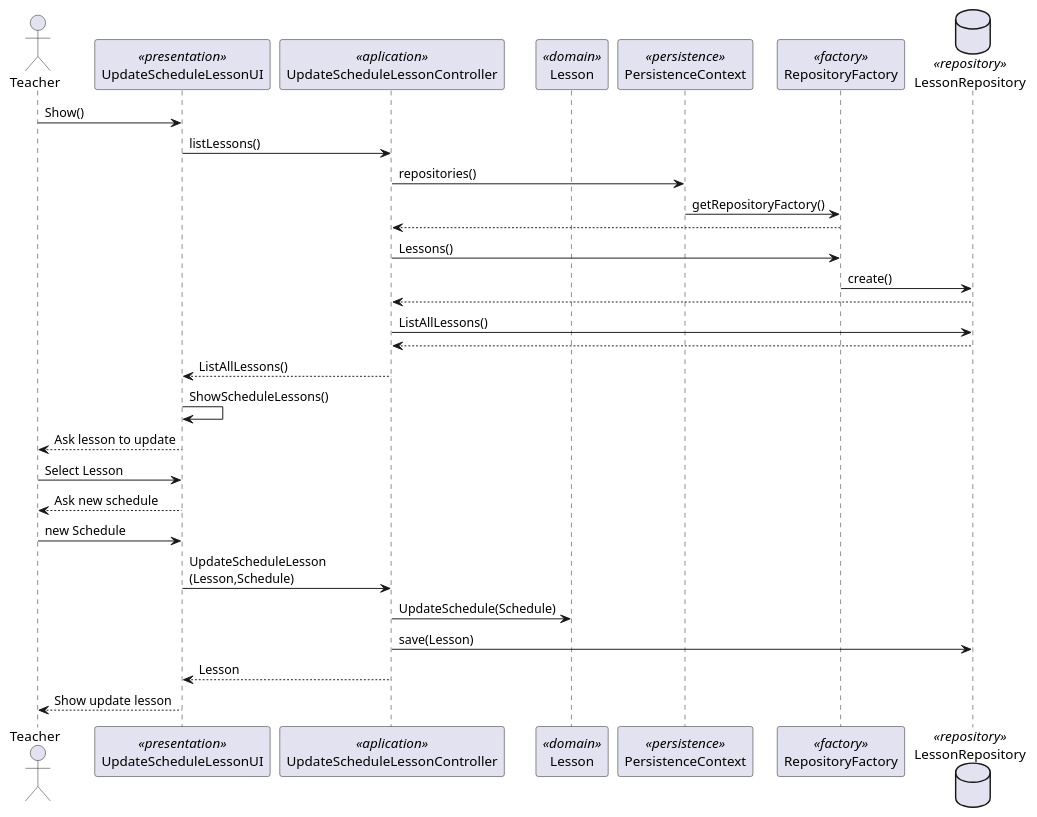
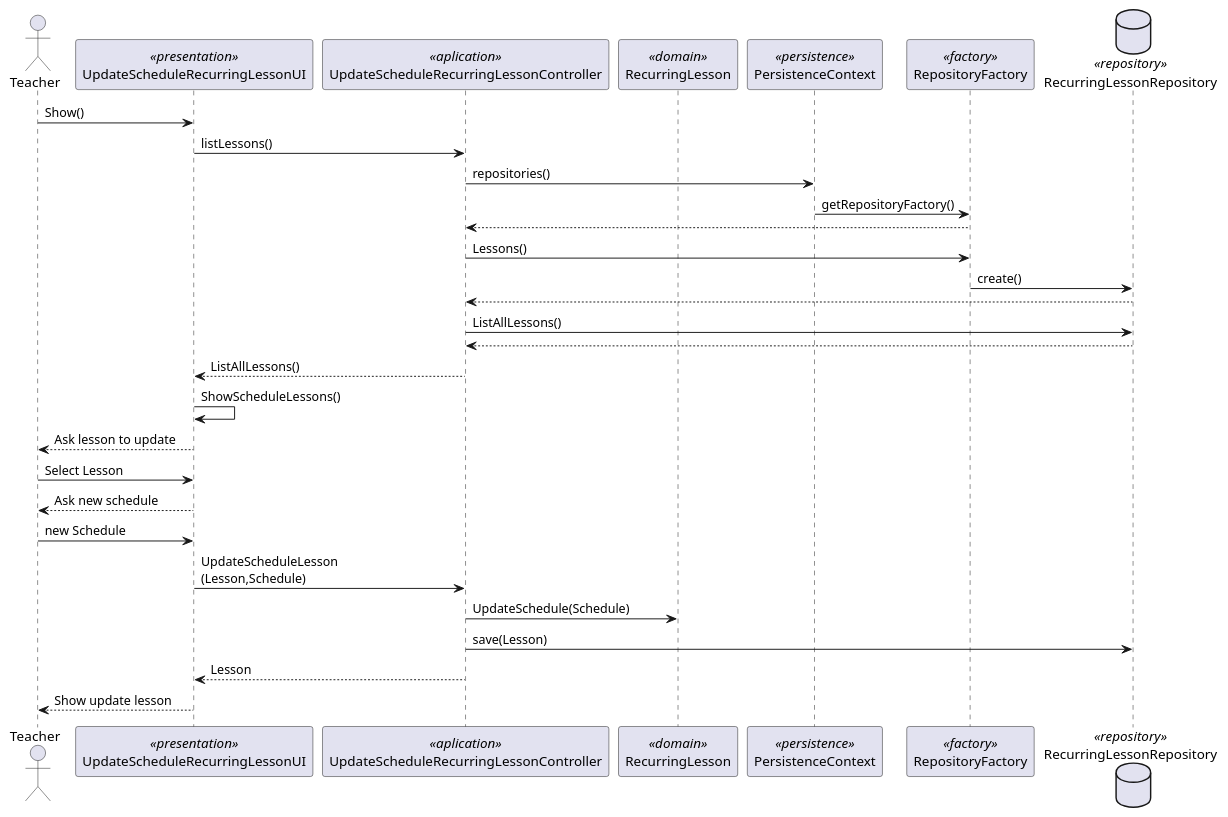
Before and after one commit to mascenso/isep-sem4-lapr4: the diagram in docs/SPRINT B/US1012 - Update Schedule a Lesson/sequence-diagram-1012.puml, drawn with PlantUML. The commit also changed 5 other files, not shown here.

```diff
--- a/docs/SPRINT B/US1012 - Update Schedule a Lesson/sequence-diagram-1012.puml
+++ b/docs/SPRINT B/US1012 - Update Schedule a Lesson/sequence-diagram-1012.puml
@@ -1,34 +1,34 @@
 @startuml
 actor Teacher as Actor
-participant UpdateScheduleLessonUI as UI <<presentation>>
-participant UpdateScheduleLessonController as Controller <<aplication>>
-participant Lesson as Domain <<domain>>
+participant UpdateScheduleRecurringLessonUI as UI <<presentation>>
+participant UpdateScheduleRecurringLessonController as Controller <<aplication>>
+participant RecurringLesson as Domain <<domain>>
 participant PersistenceContext as Persistence <<persistence>>
 participant RepositoryFactory as Factory <<factory>>
-database LessonRepository as Repository <<repository>>
+database RecurringLessonRepository as Repository <<repository>>
 
 Actor -> UI: Show()
 UI -> Controller:listLessons()
 Controller -> Persistence: repositories()
 Persistence -> Factory: getRepositoryFactory()
 Factory --> Controller
 Controller -> Factory: Lessons()
 Factory -> Repository: create()
 Repository --> Controller
 Controller -> Repository: ListAllLessons()
 Repository --> Controller
 Controller --> UI: ListAllLessons()
 UI -> UI: ShowScheduleLessons()
 UI --> Actor: Ask lesson to update
 Actor -> UI: Select Lesson
 UI --> Actor: Ask new schedule
 Actor -> UI:new Schedule
 UI-> Controller: UpdateScheduleLesson\n(Lesson,Schedule)
 Controller -> Domain: UpdateSchedule(Schedule)
 Controller -> Repository: save(Lesson)
 Controller --> UI: Lesson
 UI --> Actor: Show update lesson
 
 
 
 @enduml
```
